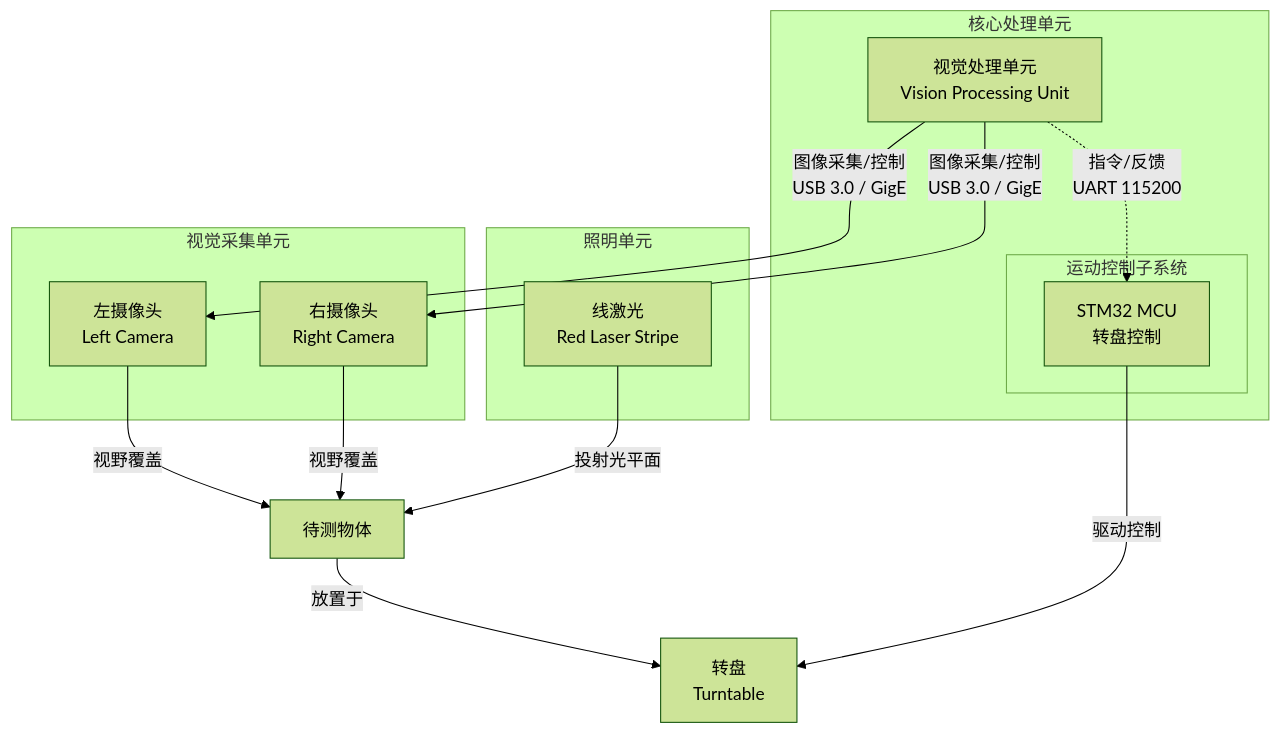
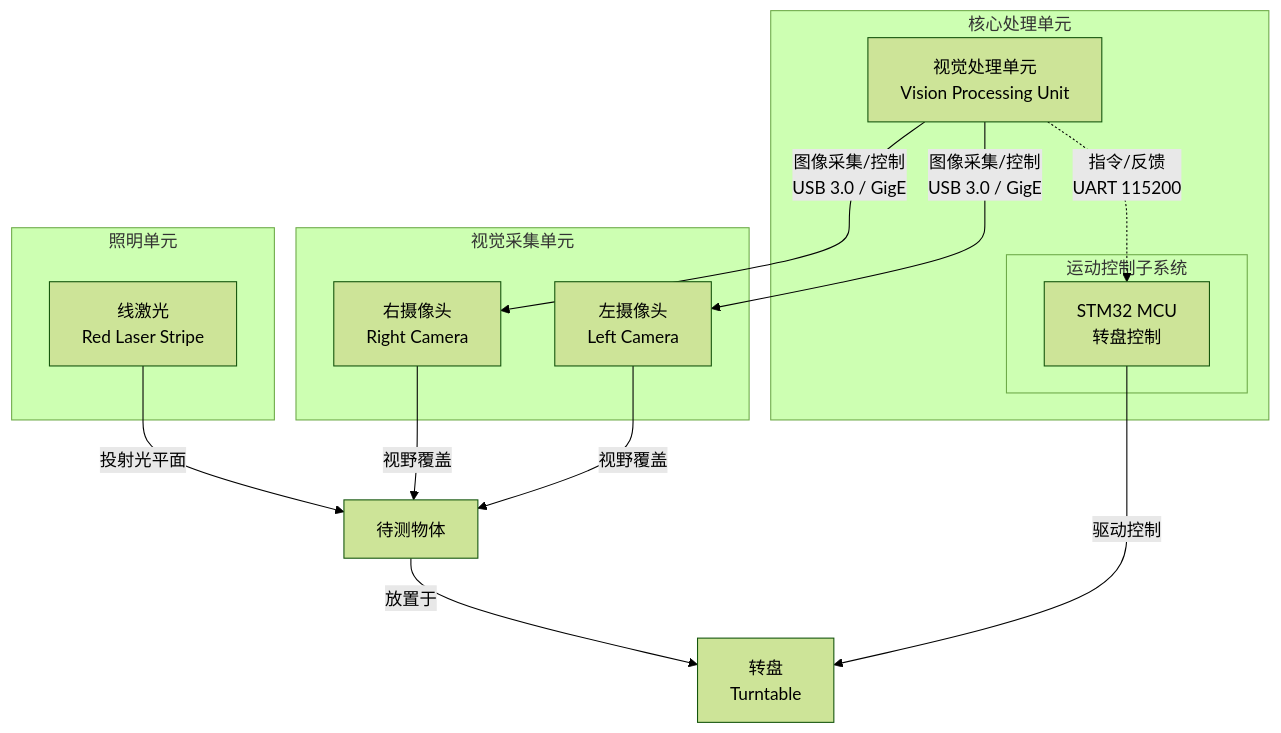
One commit to Entzauberung-X/3D-reconstruction changed the first of 2 diagrams in README.md. Above: the diagram before and after it, drawn with Mermaid (forest theme). The commit also changed other lines of this file, not shown here.

````diff
--- a/README.md
+++ b/README.md
@@ -11,38 +11,38 @@
 ```mermaid
 graph TB
-    subgraph Vision_System [视觉采集单元]
-        LC[左摄像头<br>Left Camera]
-        RC[右摄像头<br>Right Camera]
-    end
-
-    subgraph Illumination [照明单元]
-        LL[线激光<br>Red Laser Stripe]
-    end
-
     subgraph Core_Processing_Unit [核心处理单元]
         %% 上位机/软件系统
         VPU[视觉处理单元<br>Vision Processing Unit]
         
         %% 下位机/硬件控制
         subgraph Motion_Control [运动控制子系统]
             MCU[STM32 MCU<br>转盘控制]
         end
+    end
+
+    subgraph Vision_System [视觉采集单元]
+        LC[左摄像头<br>Left Camera]
+        RC[右摄像头<br>Right Camera]
+    end
+
+    subgraph Illumination [照明单元]
+        LL[线激光<br>Red Laser Stripe]
     end
 
     %% 连接关系
     LC -- 视野覆盖 --> OBJ[待测物体]
     RC -- 视野覆盖 --> OBJ
     LL -- 投射光平面 --> OBJ
     
     OBJ -- 放置于 --> TT[转盘<br>Turntable]
     
     %% 内部连接：STM32 驱动转盘
     MCU -- 驱动控制 --> TT
     
     %% 内部通信：视觉单元与MCU
     VPU -.->|指令/反馈 <br>UART 115200| MCU
     
     %% 外部采集连接：视觉单元与摄像头
     VPU -- 图像采集/控制 <br>USB 3.0 / GigE --> LC
     VPU -- 图像采集/控制 <br>USB 3.0 / GigE --> RC
 ```
````
